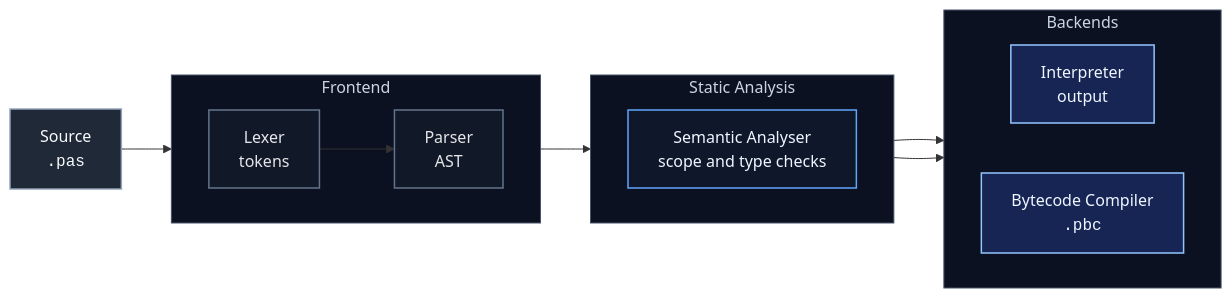
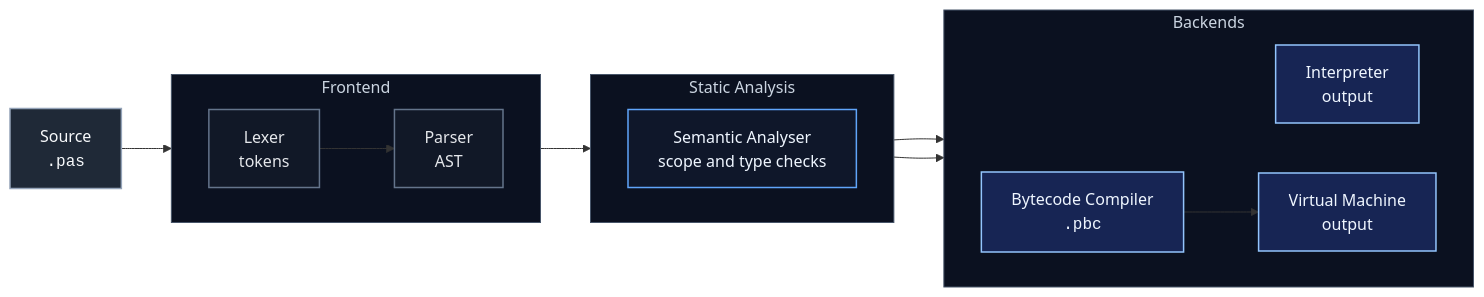
Before and after one commit to akurkar07/Interpreter: the diagram in README.md, drawn with Mermaid. The commit also changed other lines of this file and 1 other file, not shown here.

````diff
--- a/README.md
+++ b/README.md
@@ -90,40 +102,42 @@
 ```mermaid
 flowchart LR
     A["Source<br/><code>.pas</code>"]
 
     subgraph F["Frontend"]
         direction LR
         B["Lexer<br/>tokens"]
         C["Parser<br/>AST"]
     end
 
     subgraph S["Static Analysis"]
         direction LR
         D["Semantic Analyser<br/>scope and type checks"]
     end
 
     subgraph R["Backends"]
         direction LR
         E["Interpreter<br/>output"]
         G["Bytecode Compiler<br/><code>.pbc</code>"]
+        H["Virtual Machine<br/>output"]
     end
 
     A --> B
     B --> C
     C --> D
     D --> E
     D --> G
+    G --> H
 
     classDef source fill:#1f2937,stroke:#94a3b8,stroke-width:1.5px,color:#f8fafc;
     classDef front fill:#111827,stroke:#64748b,stroke-width:1.5px,color:#e5e7eb;
     classDef middle fill:#0f172a,stroke:#60a5fa,stroke-width:1.5px,color:#eff6ff;
     classDef runtime fill:#172554,stroke:#93c5fd,stroke-width:1.5px,color:#eff6ff;
     classDef group fill:#0b1120,stroke:#475569,stroke-width:1px,color:#cbd5e1;
 
     class A source;
     class B,C front;
     class D middle;
-    class E,G runtime;
+    class E,G,H runtime;
     class F,S,R group;
 
 ```
````
